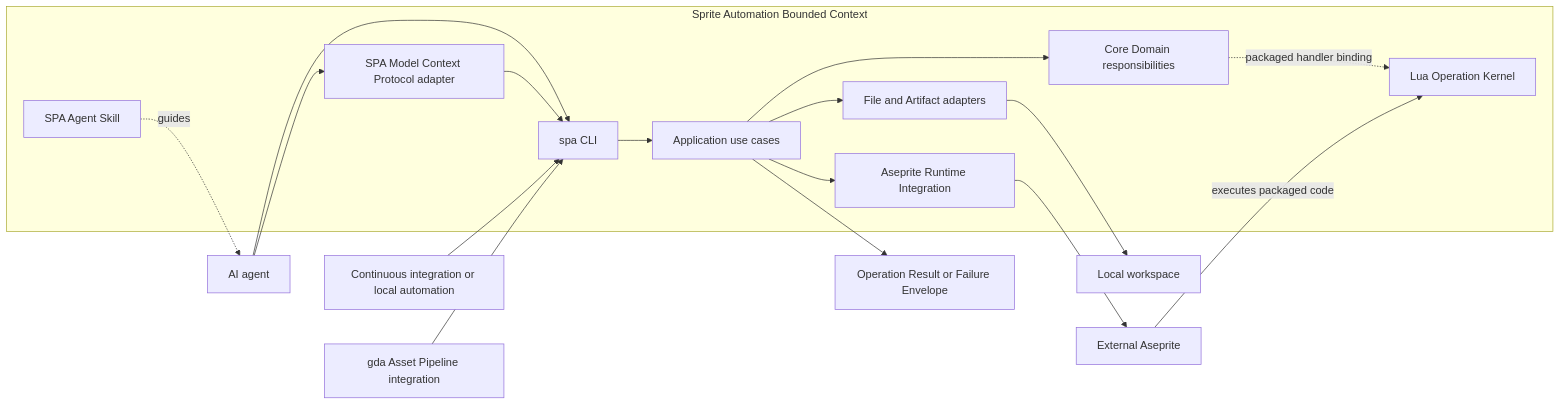
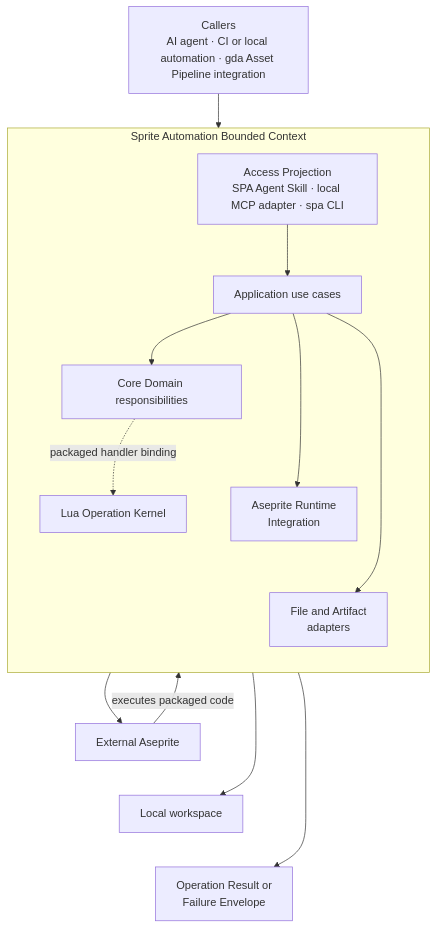
One commit to aigengame/aseprite-automation changed the first of 6 diagrams in ARCHITECTURE.md. Above: the diagram before and after it, drawn with Mermaid. The commit also changed other lines of this file, not shown here.

Commit message:
docs(architecture): use vertical diagram layouts

````diff
--- a/ARCHITECTURE.md
+++ b/ARCHITECTURE.md
@@ -26,28 +26,28 @@
 ```mermaid
-flowchart LR
-    Agent[AI agent]
-    CI[Continuous integration or local automation]
-    Pipeline[gda Asset Pipeline integration]
+flowchart TB
+    Callers["Callers<br/>AI agent · CI or local automation · gda Asset Pipeline integration"]
 
     subgraph SPA[Sprite Automation Bounded Context]
-        Skill[SPA Agent Skill]
-        MCP[SPA Model Context Protocol adapter]
-        CLI[spa CLI]
-        CLI --> App[Application use cases]
+        direction TB
+        Access["Access Projection<br/>SPA Agent Skill · local MCP adapter · spa CLI"]
+        Access --> App[Application use cases]
         App --> Core[Core Domain responsibilities]
-        App --> Runtime[Aseprite Runtime Integration]
-        App --> Files[File and Artifact adapters]
+        App --> Runtime["Aseprite Runtime<br/>Integration"]
+        App --> Files["File and Artifact<br/>adapters"]
         Core -. packaged handler binding .-> Kernel[Lua Operation Kernel]
+
+        %% Invisible links stack peer nodes vertically without adding runtime semantics.
+        Core ~~~ Runtime
+        Runtime ~~~ Files
     end
 
-    Skill -. guides .-> Agent
-    Agent --> CLI
-    Agent --> MCP
-    MCP --> CLI
-    CI --> CLI
-    Pipeline --> CLI
+    Callers --> Access
     Runtime --> Aseprite[External Aseprite]
     Aseprite -->|executes packaged code| Kernel
     Files --> Workspace[Local workspace]
-    App --> Outcome[Operation Result or Failure Envelope]
+    App --> Outcome["Operation Result or<br/>Failure Envelope"]
+
+    %% Stack external peers so the overview stays narrow on GitHub.
+    Aseprite ~~~ Workspace
+    Workspace ~~~ Outcome
 ```
````
